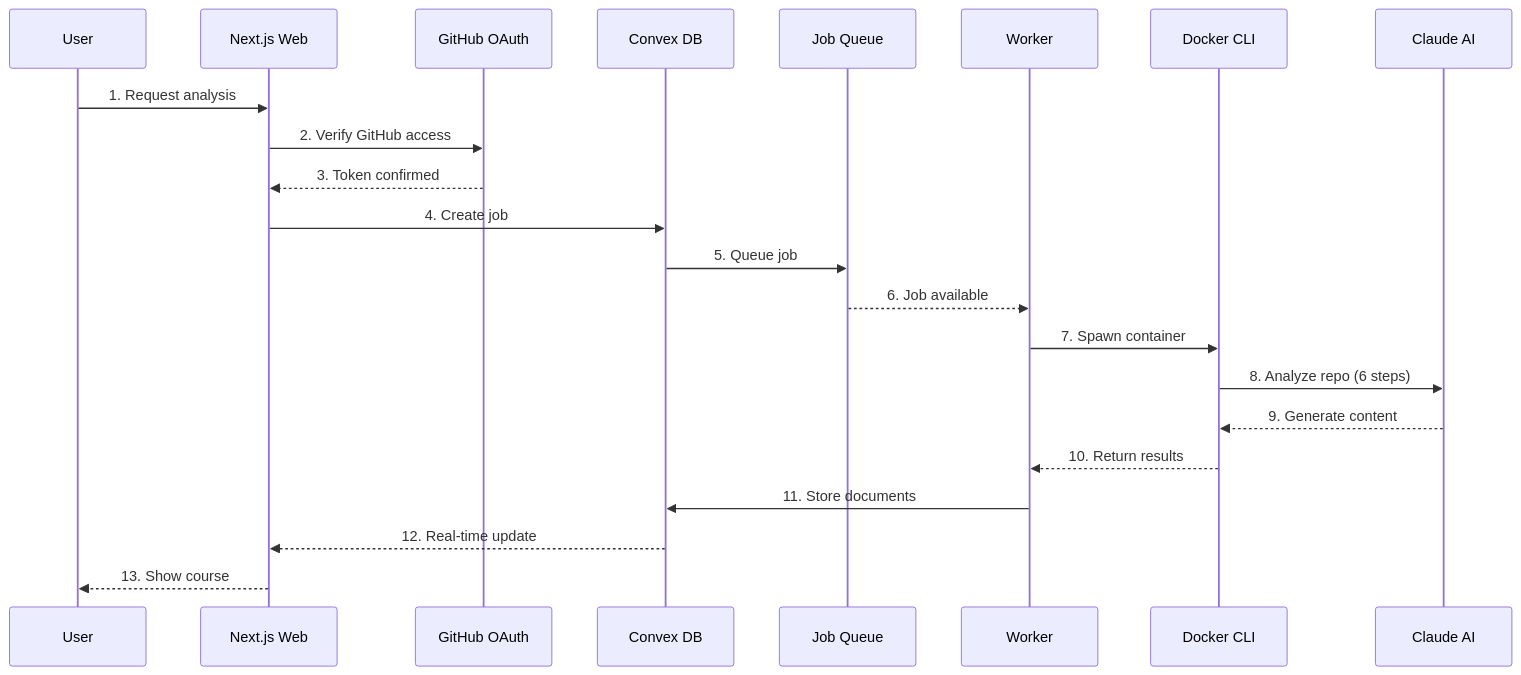
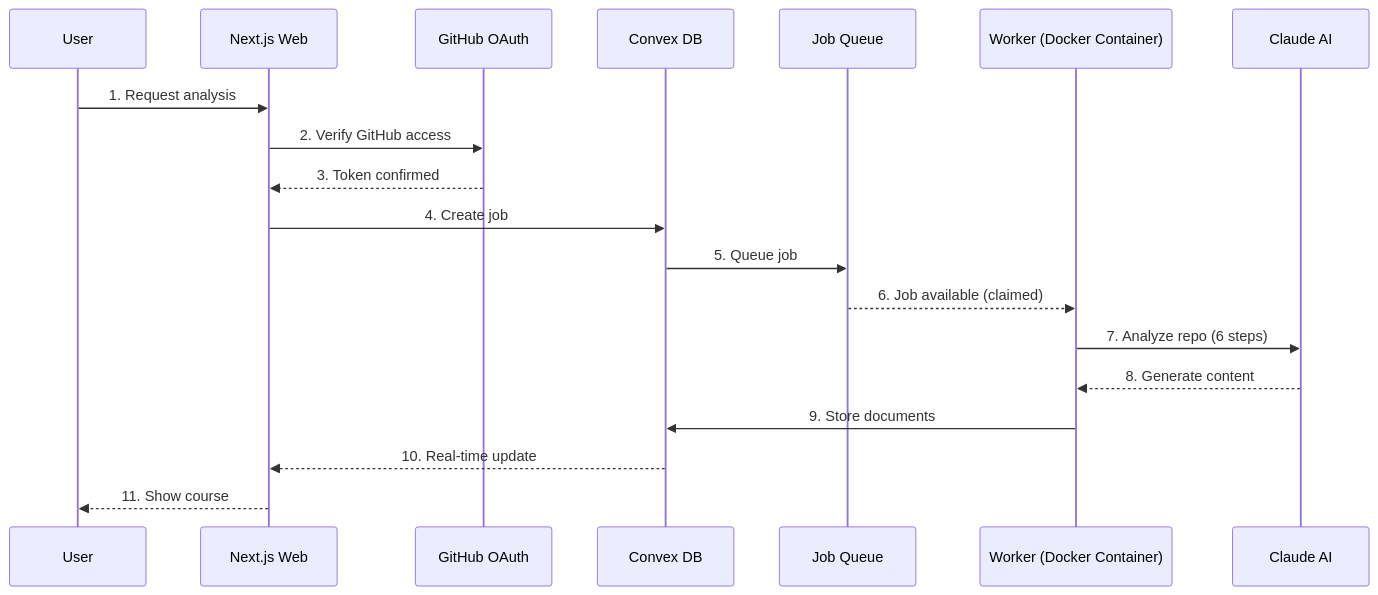
One commit to Salwen92/fondation-web-app changed the second of 2 diagrams in fondation/docs/ARCHITECTURE.md. Above: the diagram before and after it, drawn with Mermaid. The commit also changed other lines of this file and 13 other files, not shown here.

````diff
--- a/fondation/docs/ARCHITECTURE.md
+++ b/fondation/docs/ARCHITECTURE.md
@@ -52,25 +50,22 @@
 ```mermaid
 sequenceDiagram
     participant User
     participant Web as Next.js Web
     participant Auth as GitHub OAuth
     participant DB as Convex DB
     participant Queue as Job Queue
-    participant Worker
-    participant Docker as Docker CLI
+    participant Worker as Worker (Docker Container)
     participant Claude as Claude AI
     
     User->>Web: 1. Request analysis
     Web->>Auth: 2. Verify GitHub access
     Auth-->>Web: 3. Token confirmed
     Web->>DB: 4. Create job
     DB->>Queue: 5. Queue job
-    Queue-->>Worker: 6. Job available
-    Worker->>Docker: 7. Spawn container
-    Docker->>Claude: 8. Analyze repo (6 steps)
-    Claude-->>Docker: 9. Generate content
-    Docker-->>Worker: 10. Return results
-    Worker->>DB: 11. Store documents
-    DB-->>Web: 12. Real-time update
-    Web-->>User: 13. Show course
+    Queue-->>Worker: 6. Job available (claimed)
+    Worker->>Claude: 7. Analyze repo (6 steps)
+    Claude-->>Worker: 8. Generate content
+    Worker->>DB: 9. Store documents
+    DB-->>Web: 10. Real-time update
+    Web-->>User: 11. Show course
 ```
````
